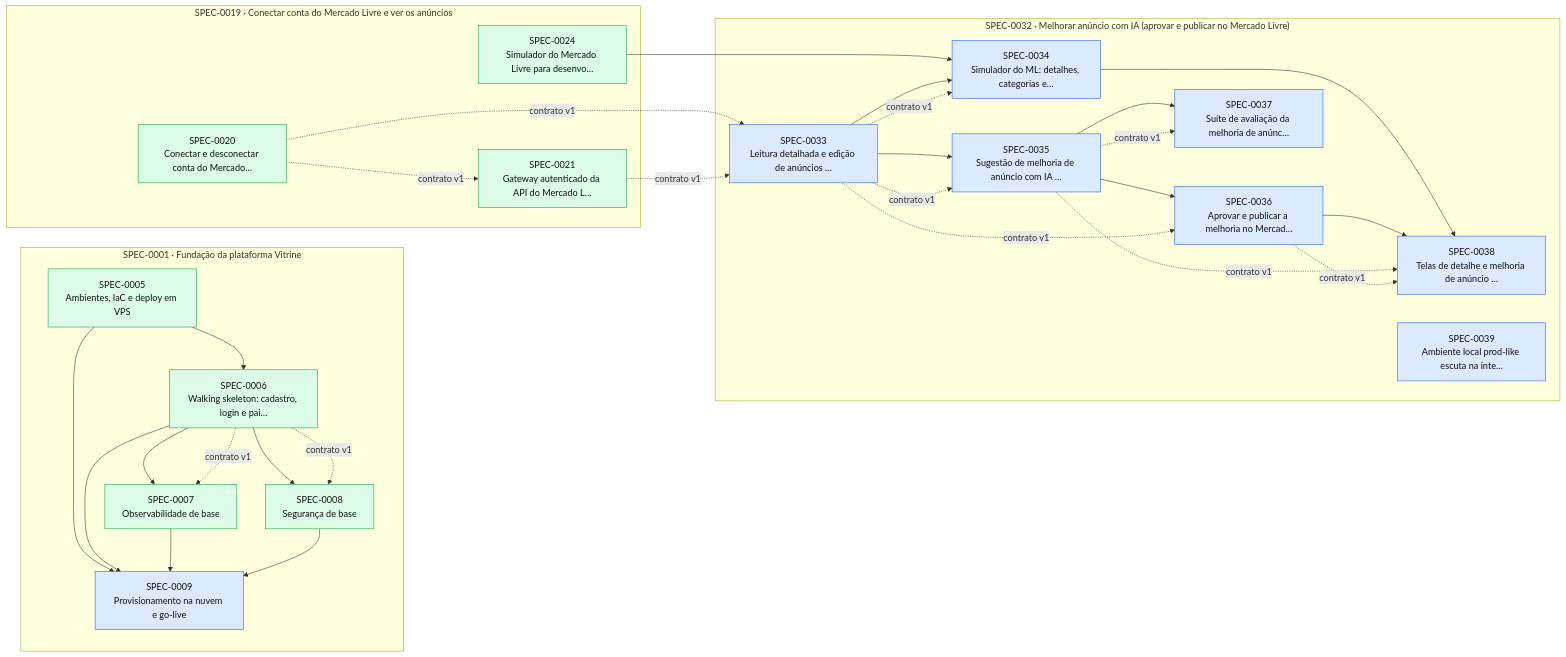
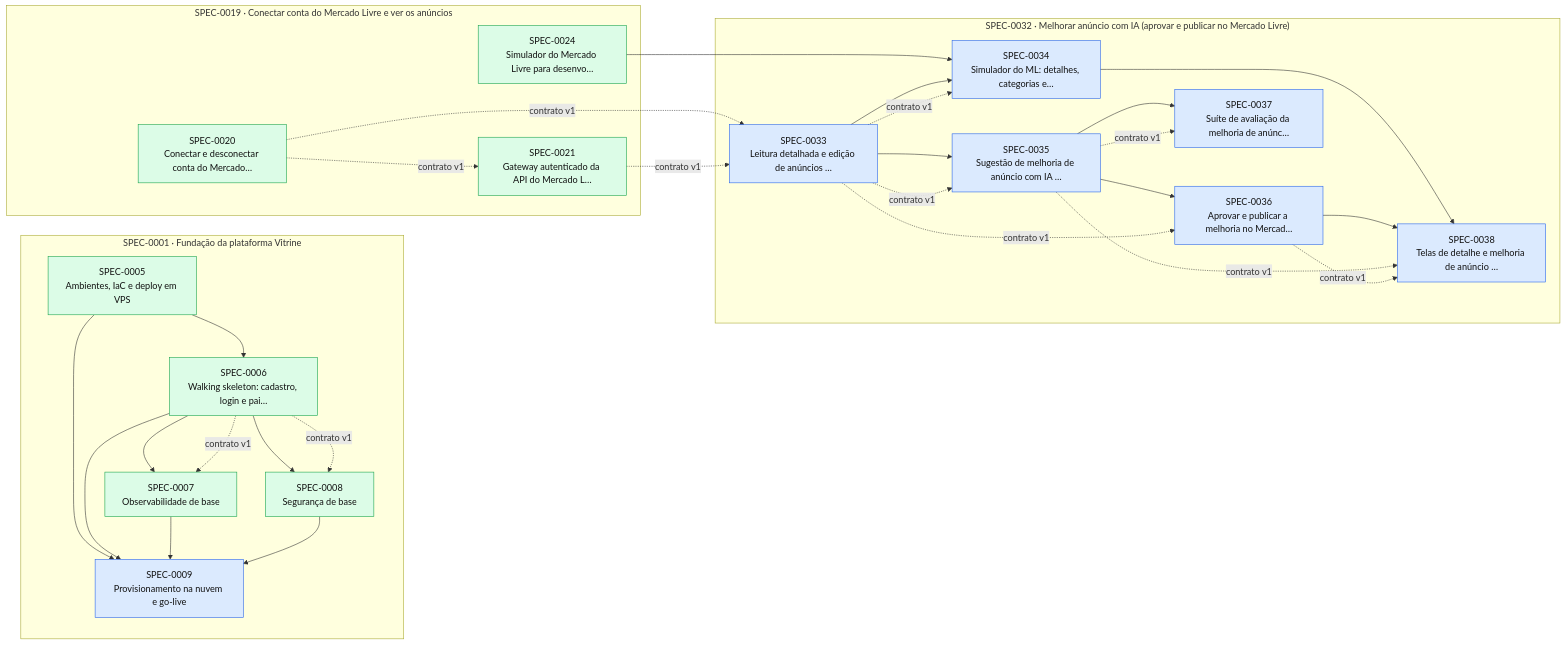
One commit to thomasravache/vitrine changed the diagram in docs/specs/INDEX.md. Above: the diagram before and after it, drawn with Mermaid. The commit also changed other lines of this file and 1 other file, not shown here.

First line of the commit message:
docs(specs): SPEC-0039 implementada (G7)

````diff
--- a/docs/specs/INDEX.md
+++ b/docs/specs/INDEX.md
@@ -67,54 +66,53 @@
 ```mermaid
 flowchart LR
   subgraph E0001["SPEC-0001 · Fundação da plataforma Vitrine"]
     S0005["SPEC-0005<br/>Ambientes, IaC e deploy em VPS"]:::implemented
     S0006["SPEC-0006<br/>Walking skeleton: cadastro, login e pai…"]:::implemented
     S0007["SPEC-0007<br/>Observabilidade de base"]:::implemented
     S0008["SPEC-0008<br/>Segurança de base"]:::implemented
     S0009["SPEC-0009<br/>Provisionamento na nuvem e go-live"]:::approved
   end
   subgraph E0019["SPEC-0019 · Conectar conta do Mercado Livre e ver os anúncios"]
     S0020["SPEC-0020<br/>Conectar e desconectar conta do Mercado…"]:::implemented
     S0021["SPEC-0021<br/>Gateway autenticado da API do Mercado L…"]:::implemented
     S0024["SPEC-0024<br/>Simulador do Mercado Livre para desenvo…"]:::implemented
   end
   subgraph E0032["SPEC-0032 · Melhorar anúncio com IA (aprovar e publicar no Mercado Livre)"]
     S0033["SPEC-0033<br/>Leitura detalhada e edição de anúncios …"]:::approved
     S0034["SPEC-0034<br/>Simulador do ML: detalhes, categorias e…"]:::approved
     S0035["SPEC-0035<br/>Sugestão de melhoria de anúncio com IA …"]:::approved
     S0036["SPEC-0036<br/>Aprovar e publicar a melhoria no Mercad…"]:::approved
     S0037["SPEC-0037<br/>Suíte de avaliação da melhoria de anúnc…"]:::approved
     S0038["SPEC-0038<br/>Telas de detalhe e melhoria de anúncio …"]:::approved
-    S0039["SPEC-0039<br/>Ambiente local prod-like escuta na inte…"]:::approved
   end
   S0005 --> S0006
   S0006 --> S0007
   S0006 -. contrato v1 .-> S0007
   S0006 --> S0008
   S0006 -. contrato v1 .-> S0008
   S0005 --> S0009
   S0006 --> S0009
   S0007 --> S0009
   S0008 --> S0009
   S0020 -. contrato v1 .-> S0021
   S0020 -. contrato v1 .-> S0033
   S0021 -. contrato v1 .-> S0033
   S0024 --> S0034
   S0033 --> S0034
   S0033 -. contrato v1 .-> S0034
   S0033 --> S0035
   S0033 -. contrato v1 .-> S0035
   S0035 --> S0036
   S0033 -. contrato v1 .-> S0036
   S0035 --> S0037
   S0035 -. contrato v1 .-> S0037
   S0034 --> S0038
   S0036 --> S0038
   S0035 -. contrato v1 .-> S0038
   S0036 -. contrato v1 .-> S0038
   classDef proposed fill:#fef3c7,stroke:#d97706,color:#111
   classDef approved fill:#dbeafe,stroke:#2563eb,color:#111
   classDef inprogress fill:#ede9fe,stroke:#7c3aed,color:#111
   classDef implemented fill:#dcfce7,stroke:#16a34a,color:#111
   classDef deprecated fill:#f3f4f6,stroke:#9ca3af,color:#6b7280
 ```
````
